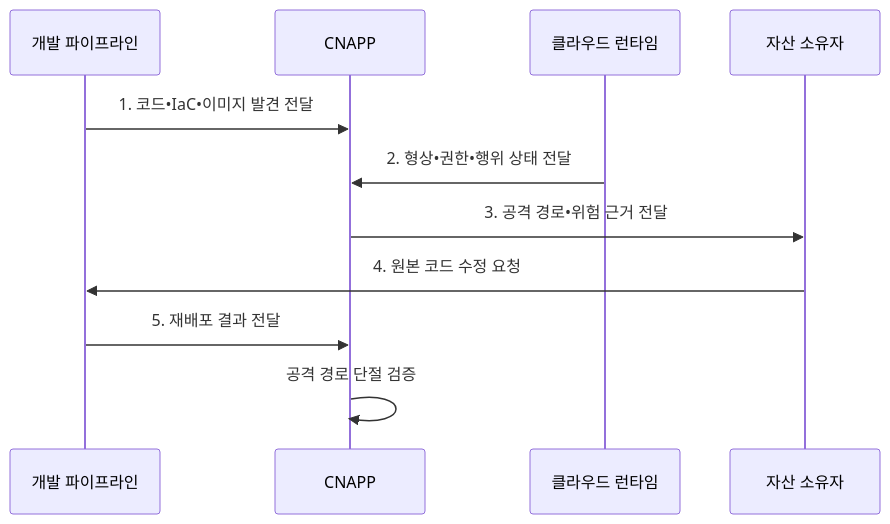
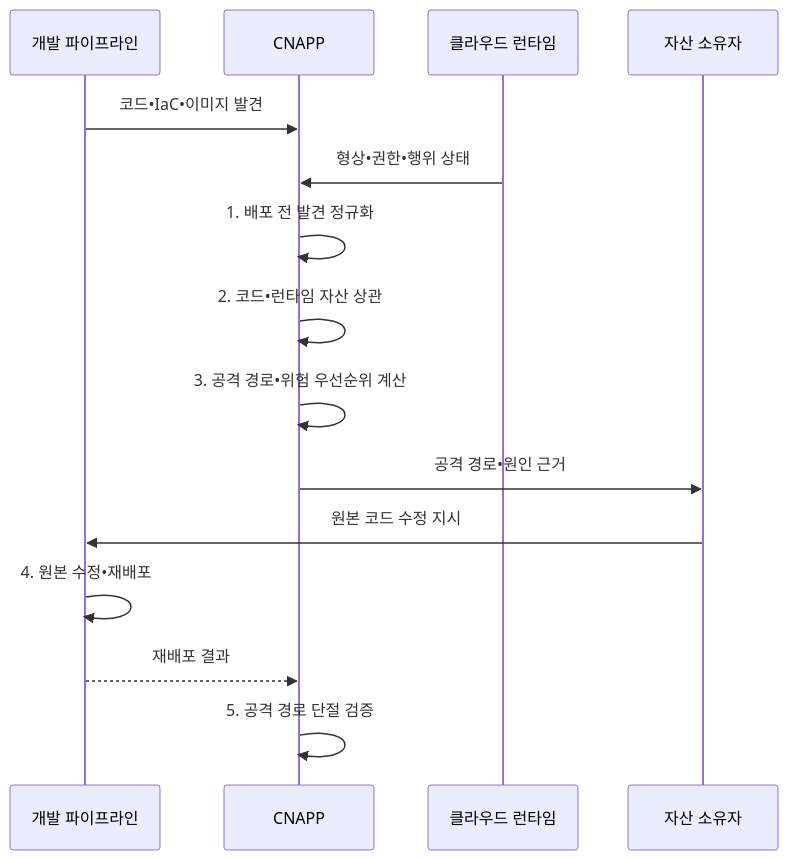
Before and after one commit to agnusdei1207/knowledge-base: the second of 2 diagrams in src/content/docs/notes/05-security/073_cnapp.md, drawn with Mermaid. The commit also changed other lines of this file and 20 other files, not shown here.

````diff
--- a/src/content/docs/notes/05-security/073_cnapp.md
+++ b/src/content/docs/notes/05-security/073_cnapp.md
@@ -102,13 +102,17 @@
 ```mermaid
 sequenceDiagram
     participant D as 개발 파이프라인
     participant C as CNAPP
     participant R as 클라우드 런타임
     participant O as 자산 소유자
-    D->>C: 1. 코드•IaC•이미지 발견 전달
-    R->>C: 2. 형상•권한•행위 상태 전달
-    C->>O: 3. 공격 경로•위험 근거 전달
-    O->>D: 4. 원본 코드 수정 요청
-    D->>C: 5. 재배포 결과 전달
-    C->>C: 공격 경로 단절 검증
+    D->>C: 코드•IaC•이미지 발견
+    R->>C: 형상•권한•행위 상태
+    C->>C: 1. 배포 전 발견 정규화
+    C->>C: 2. 코드•런타임 자산 상관
+    C->>C: 3. 공격 경로•위험 우선순위 계산
+    C->>O: 공격 경로•원인 근거
+    O->>D: 원본 코드 수정 지시
+    D->>D: 4. 원본 수정•재배포
+    D-->>C: 재배포 결과
+    C->>C: 5. 공격 경로 단절 검증
 ```
````
